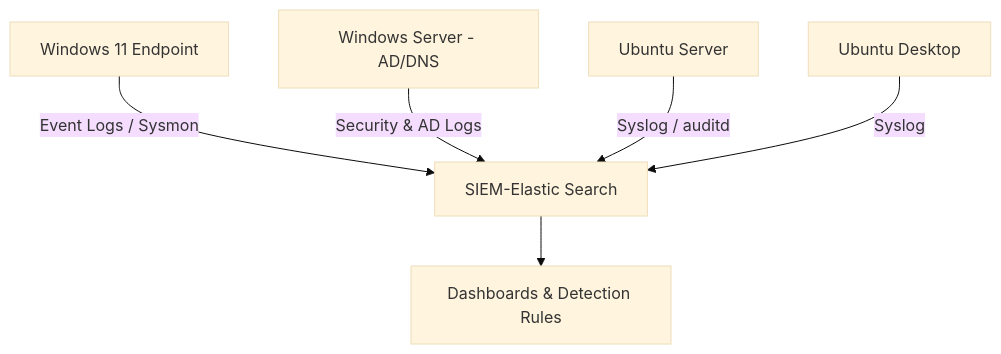
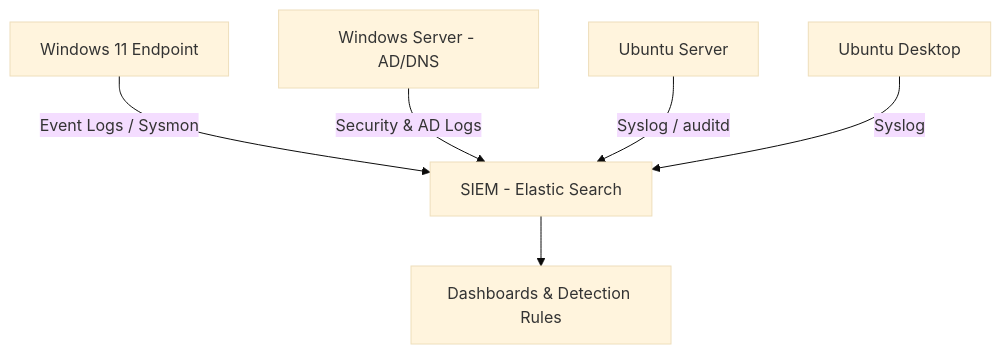
The diagram in README.md (Tmitchy/-SOC-Home-Lab-Build), drawn with Mermaid (base theme) before and after one commit. The commit also changed other lines of this file, not shown here.

````diff
--- a/README.md
+++ b/README.md
@@ -33,8 +33,8 @@
 ```mermaid
 graph TD
-    A[Windows 11 Endpoint] -->|Event Logs / Sysmon| S[SIEM-Elastic Search]
+    A[Windows 11 Endpoint] -->|Event Logs / Sysmon| S[SIEM - Elastic Search]
     B[Windows Server - AD/DNS] -->|Security & AD Logs| S
     C[Ubuntu Server] -->|Syslog / auditd| S
     D[Ubuntu Desktop] -->|Syslog| S
     S --> E[Dashboards & Detection Rules]
 ```
````
